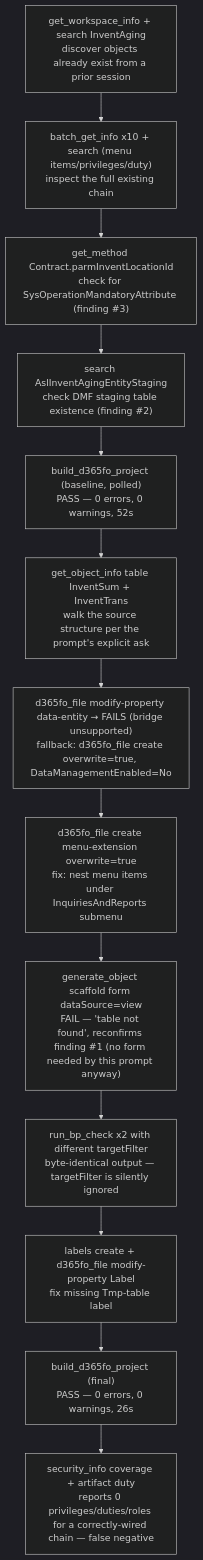
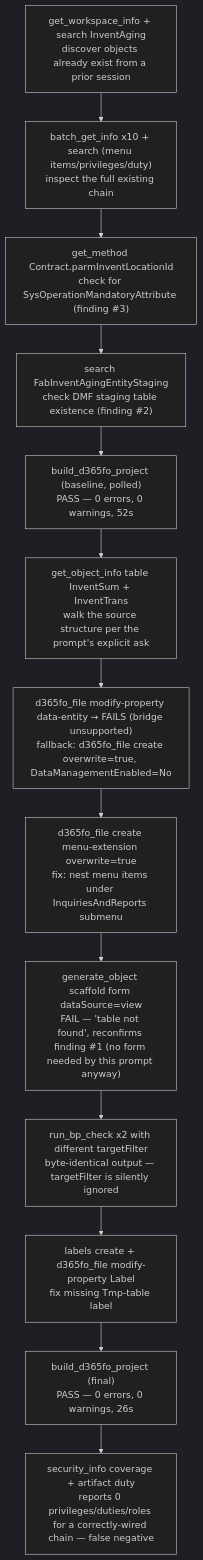
The fifth of 5 diagrams in docs/USAGE_EXAMPLES.md (kklyandev/d365fo-mcp-server), drawn with Mermaid (dark theme) before and after one commit. The commit also changed other lines of this file, not shown here.

````diff
--- a/docs/USAGE_EXAMPLES.md
+++ b/docs/USAGE_EXAMPLES.md
@@ -310,15 +310,15 @@
 ```mermaid
 flowchart TB
     A["get_workspace_info + search InventAging<br/>discover objects already exist from a prior session"] --> B["batch_get_info x10 + search (menu items/privileges/duty)<br/>inspect the full existing chain"]
     B --> C["get_method Contract.parmInventLocationId<br/>check for SysOperationMandatoryAttribute (finding #3)"]
-    C --> D["search AslInventAgingEntityStaging<br/>check DMF staging table existence (finding #2)"]
+    C --> D["search FabInventAgingEntityStaging<br/>check DMF staging table existence (finding #2)"]
     D --> E["build_d365fo_project (baseline, polled)<br/>PASS — 0 errors, 0 warnings, 52s"]
     E --> F["get_object_info table InventSum + InventTrans<br/>walk the source structure per the prompt's explicit ask"]
     F --> G["d365fo_file modify-property data-entity → FAILS (bridge unsupported)<br/>fallback: d365fo_file create overwrite=true, DataManagementEnabled=No"]
     G --> H["d365fo_file create menu-extension overwrite=true<br/>fix: nest menu items under InquiriesAndReports submenu"]
     H --> I["generate_object scaffold form dataSource=view<br/>FAIL — 'table not found', reconfirms finding #1 (no form needed by this prompt anyway)"]
     I --> J["run_bp_check x2 with different targetFilter<br/>byte-identical output — targetFilter is silently ignored"]
     J --> K["labels create + d365fo_file modify-property Label<br/>fix missing Tmp-table label"]
     K --> L["build_d365fo_project (final)<br/>PASS — 0 errors, 0 warnings, 26s"]
     L --> M["security_info coverage + artifact duty<br/>reports 0 privileges/duties/roles for a correctly-wired chain — false negative"]
 ```
````
